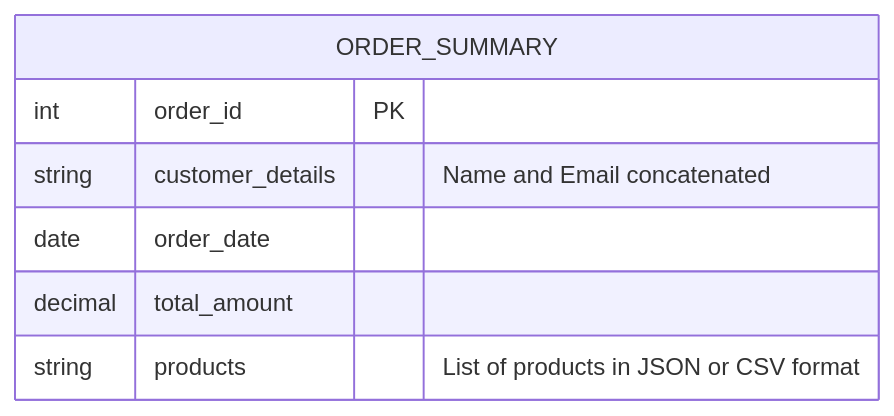
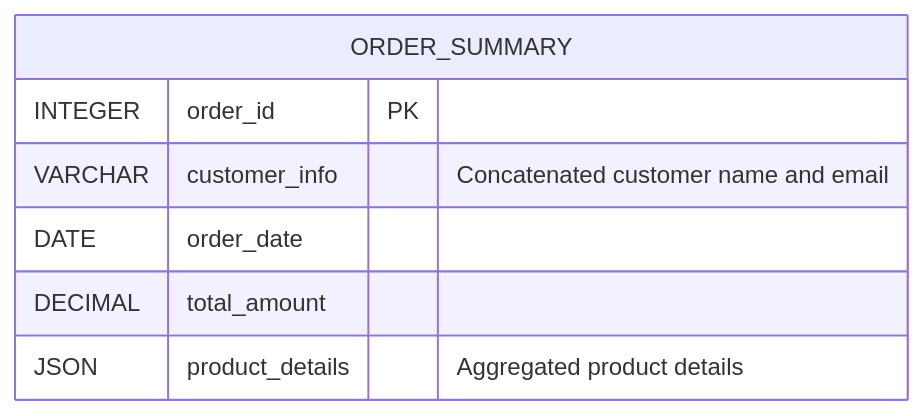
One commit to dcop7/tips_and_guides changed the third of 3 diagrams in db_postgresql_data_modeling.md. Above: the diagram before and after it, drawn with Mermaid. The commit also changed other lines of this file, not shown here.

````diff
--- a/db_postgresql_data_modeling.md
+++ b/db_postgresql_data_modeling.md
@@ -1190,10 +333,10 @@
 ```mermaid
 erDiagram
     ORDER_SUMMARY {
-        int order_id PK
-        string customer_details "Name and Email concatenated"
-        date order_date
-        decimal total_amount
-        string products "List of products in JSON or CSV format"
+        INTEGER order_id PK
+        VARCHAR customer_info "Concatenated customer name and email"
+        DATE order_date
+        DECIMAL total_amount
+        JSON product_details "Aggregated product details"
     }
 ```
````
